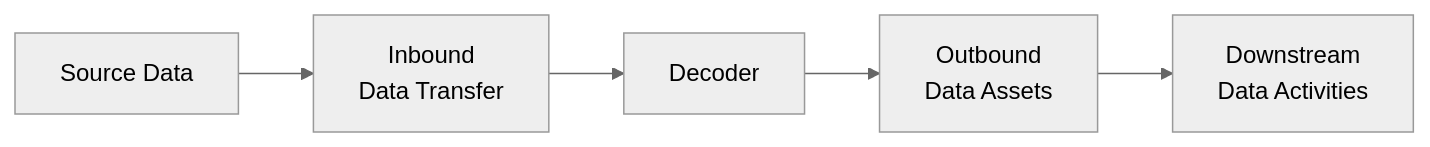
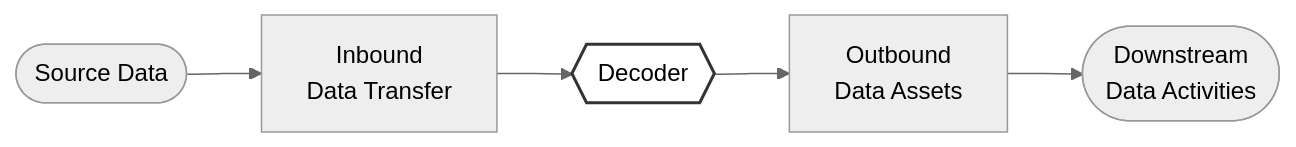
Before and after one commit to decode-data/decode-data.github.io: the diagram in docs/index.md, drawn with Mermaid (neutral theme). The commit also changed other lines of this file and 6 other files, not shown here.

````diff
--- a/docs/index.md
+++ b/docs/index.md
@@ -7,6 +7,6 @@
     ```mermaid
     flowchart LR
-    inbound_data["Inbound<br>Data Transfer"] --> decoder["Decoder"] --> outbound_data["Outbound<br>Data Assets"]
-    outbound_data --> downstream_activities_gc["Downstream<br>Data Activities"]
-    source_data["Source Data"] --> inbound_data
+     source_data(["Source Data"]) --> inbound_data["Inbound<br>Data Transfer"] --> decoder{{"Decoder"}} --> outbound_data["Outbound<br>Data Assets"] --> downstream_activities_gc(["Downstream<br>Data Activities"])
+
+     style decoder fill:#ffffff,stroke:#333,stroke-width:2px
     ```
````
